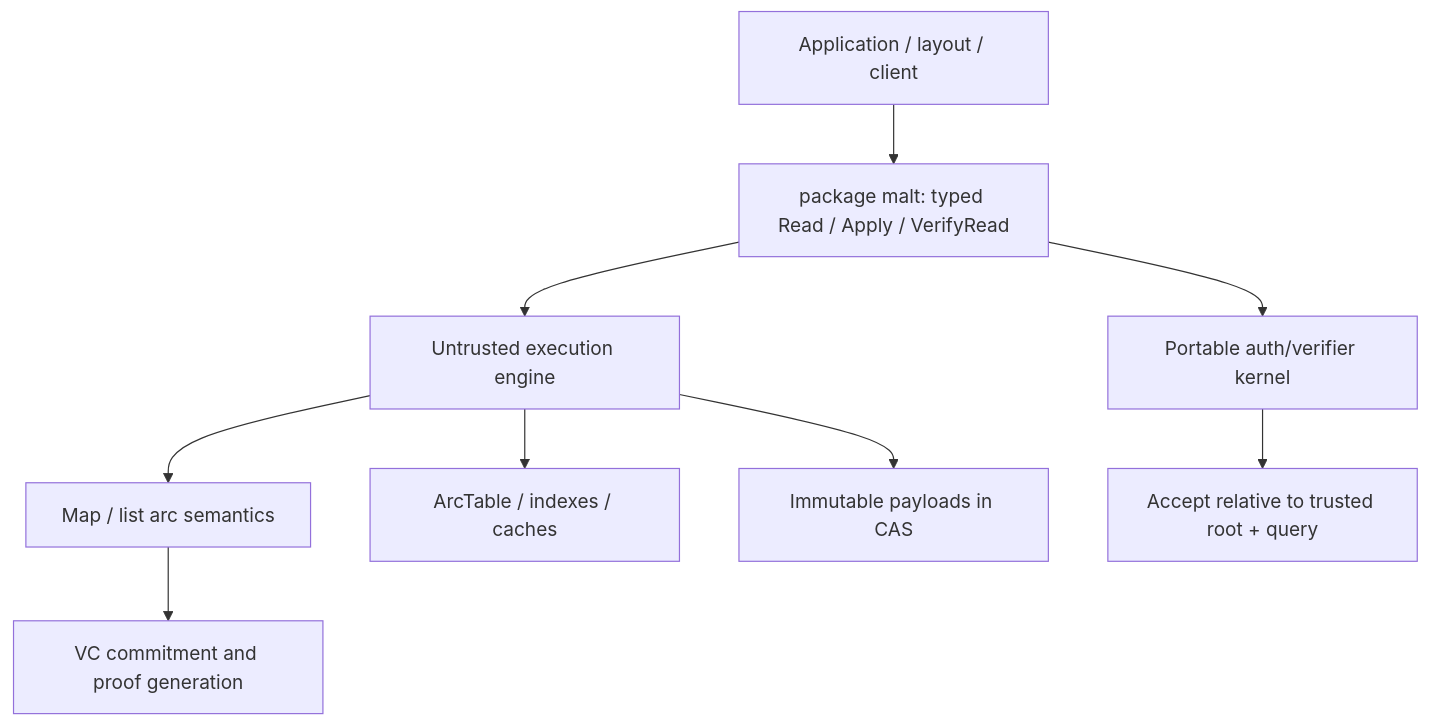
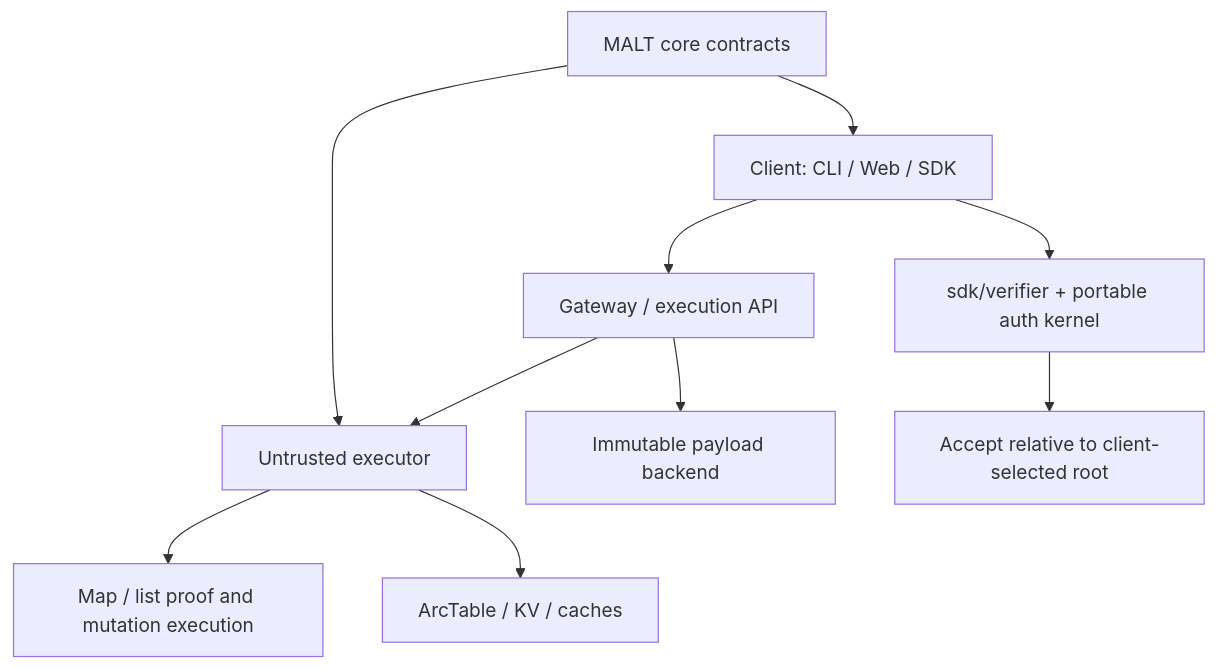
One commit to DeWebProtocol/malt changed the diagram in README.md. Above: the diagram before and after it, drawn with Mermaid. The commit also changed other lines of this file and 149 other files, not shown here.

Commit message:
refactor: tighten client gateway core boundaries

````diff
--- a/README.md
+++ b/README.md
@@ -102,11 +104,12 @@
 ```mermaid
 flowchart TB
-  app["Application / layout / client"] --> facade["package malt: typed Read / Apply / VerifyRead"]
-  facade --> engine["Untrusted execution engine"]
-  engine --> semantics["Map / list arc semantics"]
-  semantics --> vc["VC commitment and proof generation"]
-  engine --> arctable["ArcTable / indexes / caches"]
-  engine --> cas["Immutable payloads in CAS"]
-  facade --> verifier["Portable auth/verifier kernel"]
-  verifier --> decision["Accept relative to trusted root + query"]
+  client["Client: CLI / Web / SDK"] --> gateway["Gateway / execution API"]
+  client --> localverify["sdk/verifier + portable auth kernel"]
+  gateway --> executor["Untrusted executor"]
+  executor --> semantics["Map / list proof and mutation execution"]
+  executor --> arctable["ArcTable / KV / caches"]
+  gateway --> cas["Immutable payload backend"]
+  localverify --> decision["Accept relative to client-selected root"]
+  core["MALT core contracts"] --> client
+  core --> executor
 ```
````
